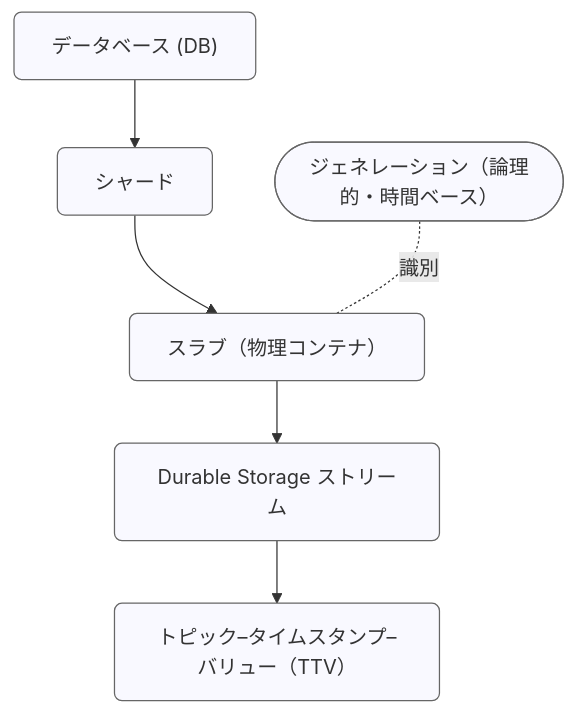
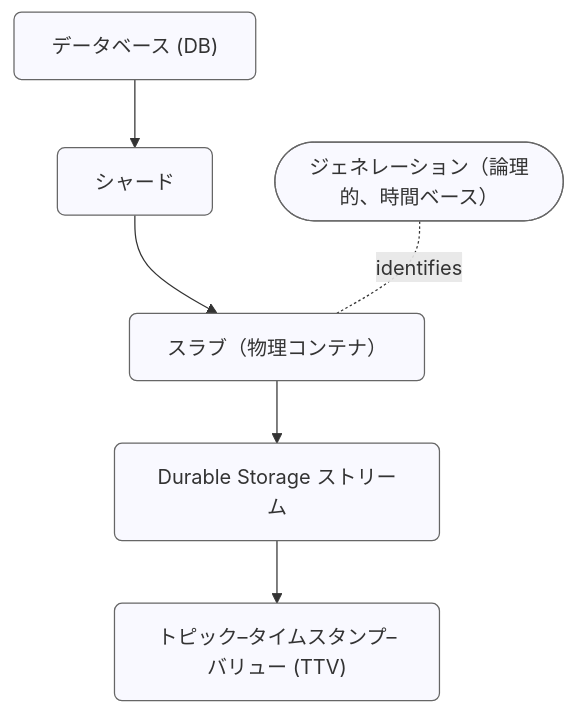
The diagram in ja_JP/develop/design/durable-storage.md (emqx/emqx-docs), drawn with Mermaid before and after one commit. The commit also changed other lines of this file and 425 other files, not shown here.

````diff
--- a/ja_JP/develop/design/durable-storage.md
+++ b/ja_JP/develop/design/durable-storage.md
@@ -30,20 +30,20 @@
 ```mermaid
 flowchart TB
     %% Durable Storage Hierarchy Diagram
     DB["データベース (DB)"]
     SH["シャード"]
-    GEN(["ジェネレーション（論理的・時間ベース）"])
+    GEN(["ジェネレーション（論理的、時間ベース）"])
     SL["スラブ（物理コンテナ）"]
     ST["Durable Storage ストリーム"]
-    TTV["トピック–タイムスタンプ–バリュー（TTV）"]
+    TTV["トピック–タイムスタンプ–バリュー (TTV)"]
 
     %% Main hierarchy
     DB --> SH --> SL --> ST --> TTV
 
     %% Logical relationship
-    GEN -. 識別 .- SL
+    GEN -. identifies .- SL
 
     %% Styling
     classDef box fill:#f9f9ff,stroke:#666,stroke-width:1px,rx:6,ry:6;
     class DB,SH,SL,ST,TTV,GEN box;
 ```
````
